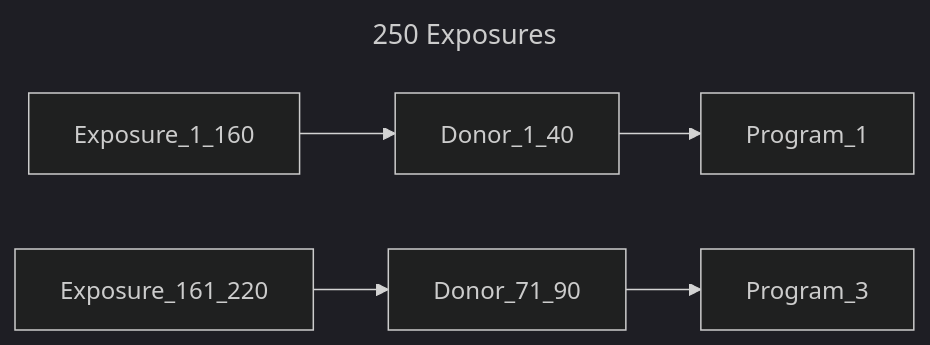
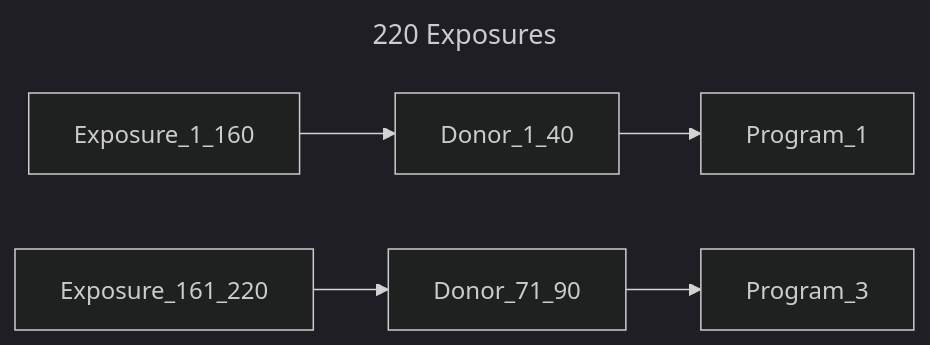
Diagram 14 of 14 in chord_metadata_service/mohpackets/data/medium_dataset/README.md (bento-platform/katsu), drawn with Mermaid (dark theme) before and after one commit.

````diff
--- a/chord_metadata_service/mohpackets/data/medium_dataset/README.md
+++ b/chord_metadata_service/mohpackets/data/medium_dataset/README.md
@@ -162,8 +162,8 @@
 ```mermaid
 ---
-title: 250 Exposures
+title: 220 Exposures
 ---
 graph LR;  
   Exposure_1_160 --> Donor_1_40 --> Program_1;
   Exposure_161_220 --> Donor_71_90 --> Program_3;
 ```
````
